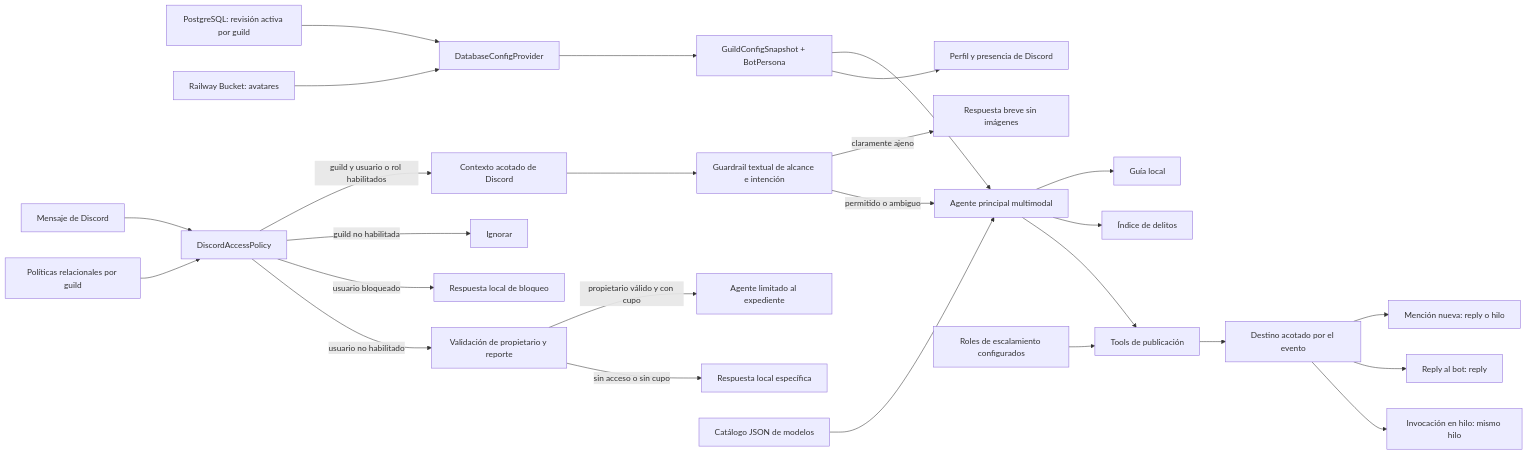
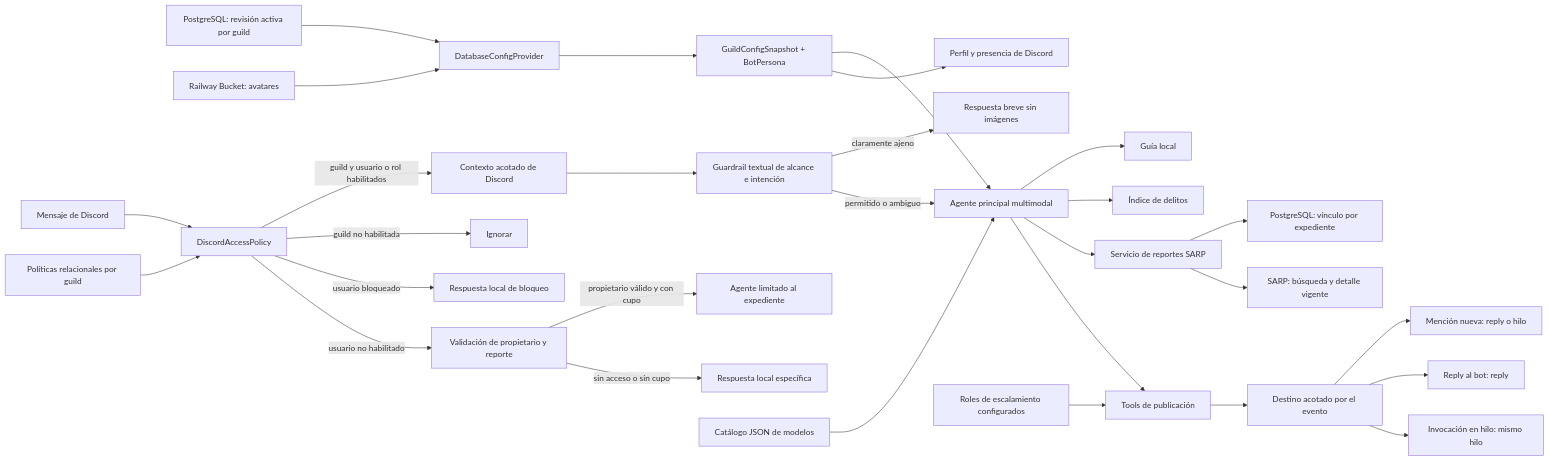
Before and after one commit to SouthViking/arrest-report-agent: the diagram in docs/ARCHITECTURE.md, drawn with Mermaid. The commit also changed other lines of this file and 31 other files, not shown here.

````diff
--- a/docs/ARCHITECTURE.md
+++ b/docs/ARCHITECTURE.md
@@ -5,28 +5,31 @@
 ```mermaid
 flowchart LR
     V["PostgreSQL: revisión activa por guild"] --> B["DatabaseConfigProvider"]
     K["Railway Bucket: avatares"] --> B
     B --> Q["GuildConfigSnapshot + BotPersona"]
     Q --> R
     Q --> Y["Perfil y presencia de Discord"]
     M["Mensaje de Discord"] --> T["DiscordAccessPolicy"]
     A["Políticas relacionales por guild"] --> T
     T -->|"guild y usuario o rol habilitados"| C["Contexto acotado de Discord"]
     T -->|"guild no habilitada"| I["Ignorar"]
     T -->|"usuario bloqueado"| L["Respuesta local de bloqueo"]
     T -->|"usuario no habilitado"| U["Validación de propietario y reporte"]
     U -->|"propietario válido y con cupo"| QO["Agente limitado al expediente"]
     U -->|"sin acceso o sin cupo"| UA["Respuesta local específica"]
     C --> S["Guardrail textual de alcance e intención"]
     S -->|"claramente ajeno"| O["Respuesta breve sin imágenes"]
     S -->|"permitido o ambiguo"| R["Agente principal multimodal"]
     J["Catálogo JSON de modelos"] --> R
     R --> G["Guía local"]
     R --> D["Índice de delitos"]
+    R --> AR["Servicio de reportes SARP"]
+    AR --> AB["PostgreSQL: vínculo por expediente"]
+    AR --> SA["SARP: búsqueda y detalle vigente"]
     R --> P["Tools de publicación"]
     E["Roles de escalamiento configurados"] --> P
     P --> X["Destino acotado por el evento"]
     X --> H["Mención nueva: reply o hilo"]
     X --> N["Reply al bot: reply"]
     X --> F["Invocación en hilo: mismo hilo"]
 ```
````
